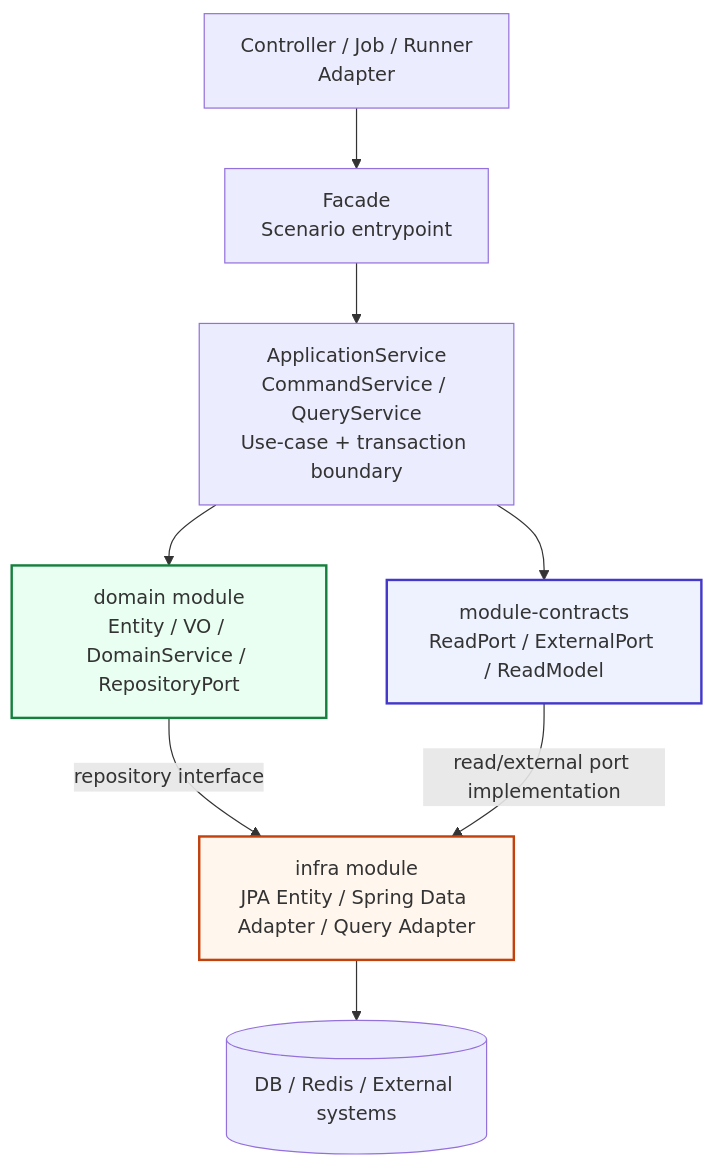
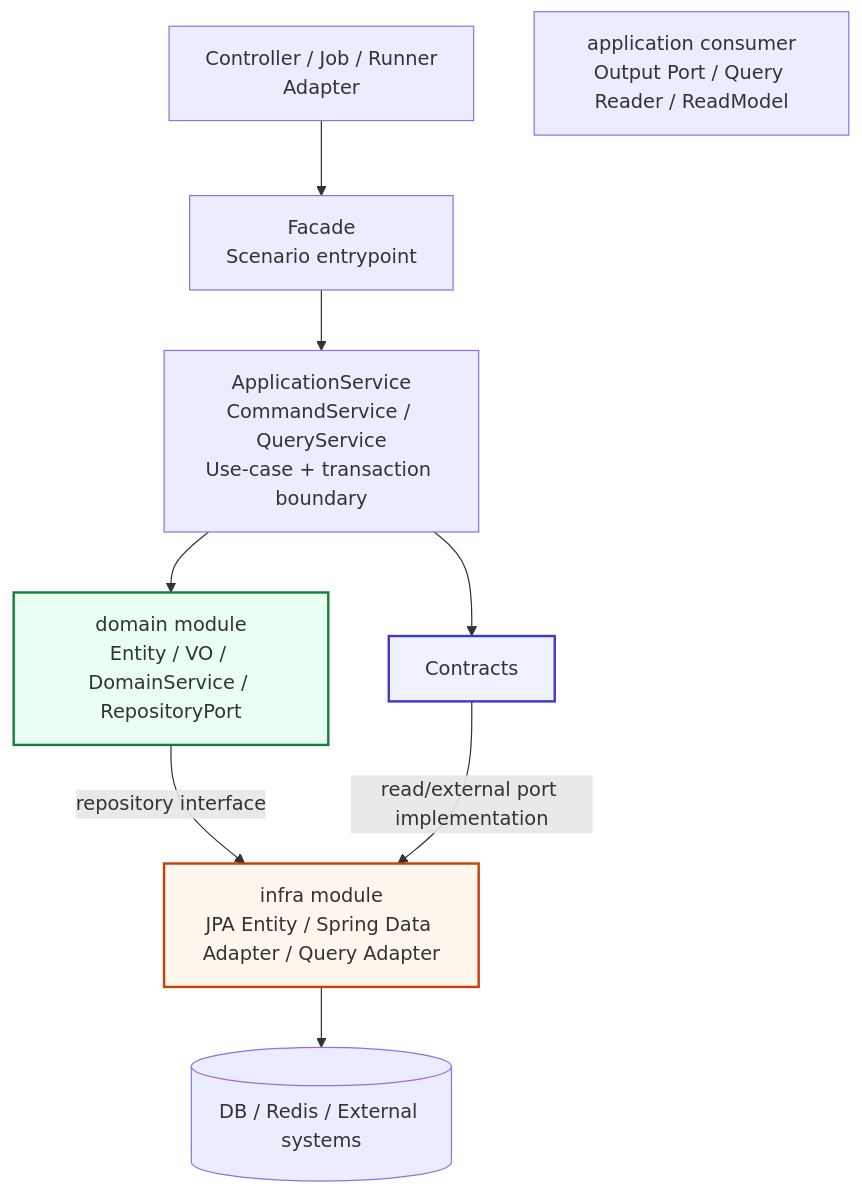
One commit to TEAM-BEAT/BEAT-SERVER changed the first of 8 diagrams in core/domain/README.md. Above: the diagram before and after it, drawn with Mermaid. The commit also changed other lines of this file and 515 other files, not shown here.

````diff
--- a/core/domain/README.md
+++ b/core/domain/README.md
@@ -49,22 +49,22 @@
 ```mermaid
 flowchart TB
     Controller[Controller / Job / Runner<br/>Adapter]
     Facade[Facade<br/>Scenario entrypoint]
     App[ApplicationService<br/>CommandService / QueryService<br/>Use-case + transaction boundary]
     Domain[domain module<br/>Entity / VO / DomainService / RepositoryPort]
-    Contracts[module-contracts<br/>ReadPort / ExternalPort / ReadModel]
+    ApplicationPort[application consumer<br/>Output Port / Query Reader / ReadModel]
     Infra[infra module<br/>JPA Entity / Spring Data Adapter / Query Adapter]
     External[(DB / Redis / External systems)]
 
     Controller --> Facade
     Facade --> App
     App --> Domain
     App --> Contracts
     Domain -->|repository interface| Infra
     Contracts -->|read/external port implementation| Infra
     Infra --> External
 
     style Domain fill:#e8fff1,stroke:#15803d,stroke-width:2px
     style Contracts fill:#eef2ff,stroke:#4338ca,stroke-width:2px
     style Infra fill:#fff7ed,stroke:#c2410c,stroke-width:2px
 ```
````
